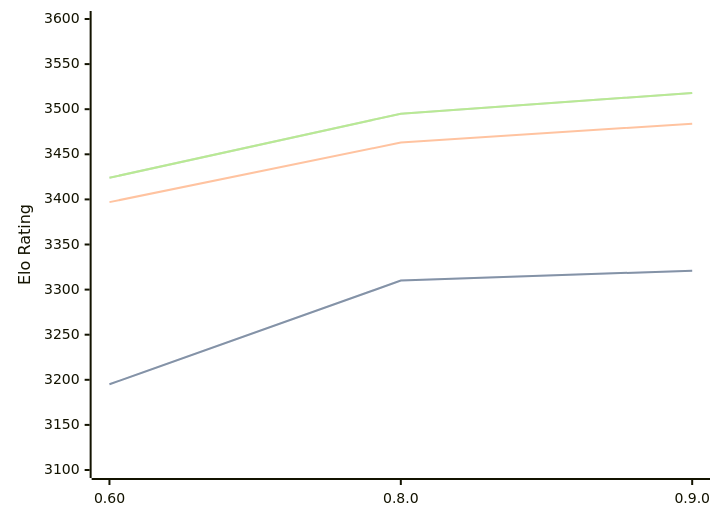
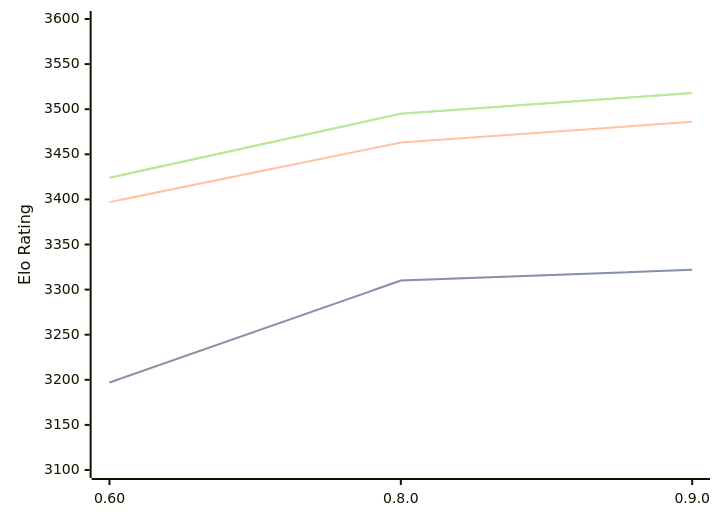
The diagram in engines/Motor.md (computer-chess-index/cci), drawn with Mermaid before and after one commit. The commit also changed other lines of this file, not shown here.

````diff
--- a/engines/Motor.md
+++ b/engines/Motor.md
@@ -39,11 +39,11 @@
 ```mermaid
 %%{init: {"theme":"base","themeVariables":{"seriesColors:['#a3a3a3','#222221','#faa371']}}}%%
 xychart-beta
   x-axis ["0.60", "0.8.0", "0.9.0"]
   y-axis "Elo Rating" 3100 --> 3600
-  line "STC (8.0+0.08s)" [3195, 3310, 3321]
-  line "STC (8.0+0.08s)" [3195, 3310, 3321]
-  line "LTC (60.0+0.60s)" [3397, 3463, 3484]
+  line "STC (8.0+0.08s)" [3197, 3310, 3322]
+  line "STC (8.0+0.08s)" [3197, 3310, 3322]
+  line "LTC (60.0+0.60s)" [3397, 3463, 3486]
   line "VLTC (2m24s+1.12s)" [3424, 3495, 3518]
   line "VLTC (2m24s+1.12s)" [3424, 3495, 3518]
 ```
````
